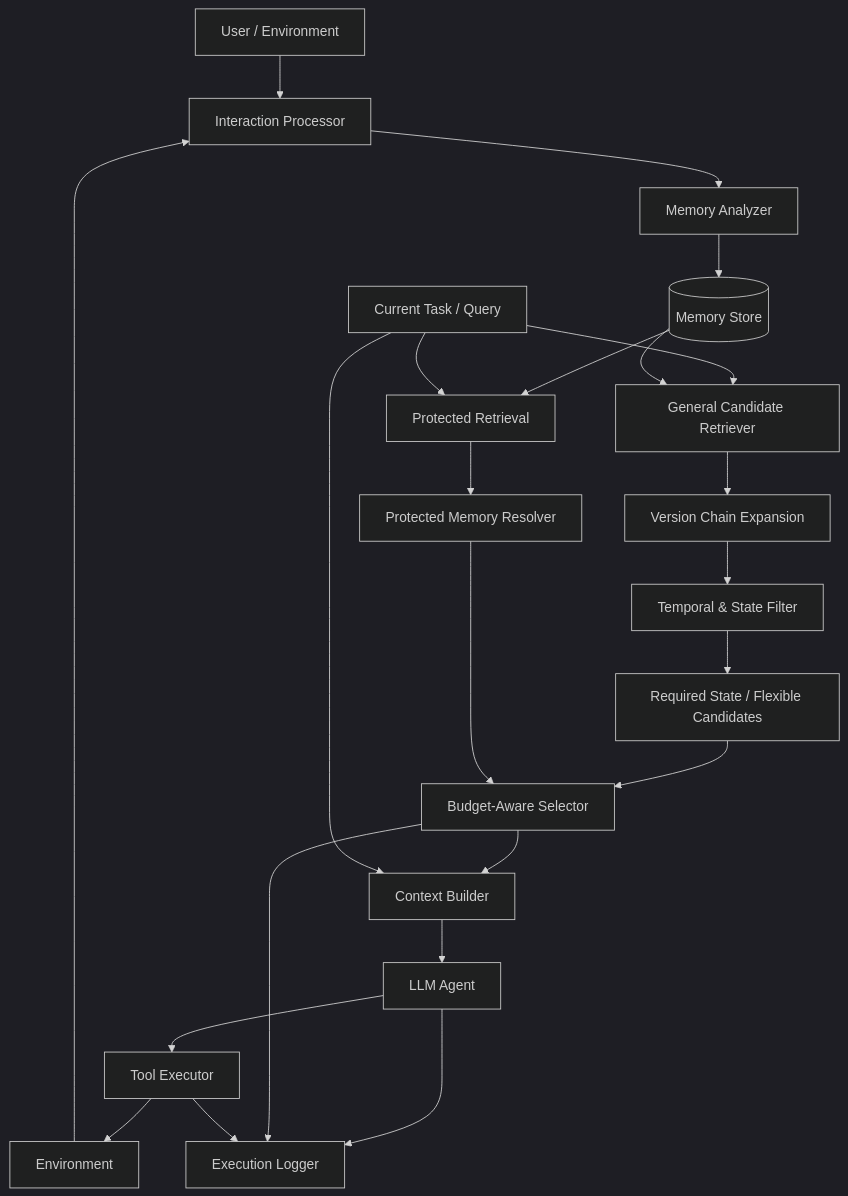
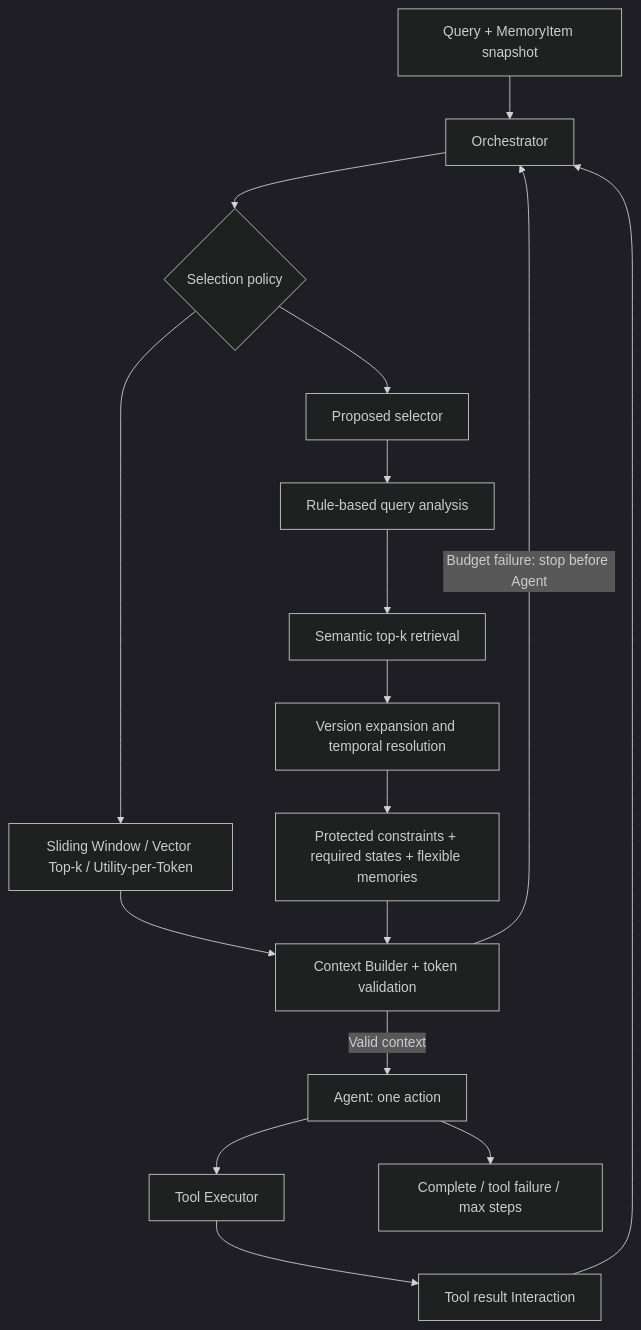
One commit to HanyangTechAI/2026-2-HAI-ProjectTeam1 changed the diagram in docs/architecture.md. Above: the diagram before and after it, drawn with Mermaid (dark theme). The commit also changed other lines of this file and 24 other files, not shown here.

````diff
--- a/docs/architecture.md
+++ b/docs/architecture.md
@@ -148,40 +150,20 @@
 ```mermaid
 flowchart TD
 
-    U[User / Environment] --> I[Interaction Processor]
-
-    I --> MA[Memory Analyzer]
-
-    MA --> MS[(Memory Store)]
-
-    Q[Current Task / Query] --> R[General Candidate Retriever]
-    MS --> R
-
-    R --> VE[Version Chain Expansion]
-    VE --> TF[Temporal & State Filter]
-
-    MS --> PR[Protected Retrieval]
-    Q --> PR
-
-    TF --> RS[Required State / Flexible Candidates]
-    PR --> PS[Protected Memory Resolver]
-
-    RS --> BAS[Budget-Aware Selector]
-    PS --> BAS
-
-    BAS --> CB[Context Builder]
-
-    Q --> CB
-
-    CB --> A[LLM Agent]
-
-    A --> TE[Tool Executor]
-
-    TE --> ENV[Environment]
-
-    ENV --> I
-
-    A --> LOG[Execution Logger]
-    BAS --> LOG
-    TE --> LOG
+    INPUT[Query + MemoryItem snapshot] --> O[Orchestrator]
+    O --> P{Selection policy}
+    P --> B[Sliding Window / Vector Top-k / Utility-per-Token]
+    P --> S[Proposed selector]
+    S --> Q[Rule-based query analysis]
+    Q --> R[Semantic top-k retrieval]
+    R --> V[Version expansion and temporal resolution]
+    V --> M[Protected constraints + required states + flexible memories]
+    B --> C[Context Builder + token validation]
+    M --> C
+    C -->|Budget failure: stop before Agent| O
+    C -->|Valid context| A[Agent: one action]
+    A --> T[Tool Executor]
+    T --> F[Tool result Interaction]
+    F --> O
+    A --> DONE[Complete / tool failure / max steps]
 ```
````
